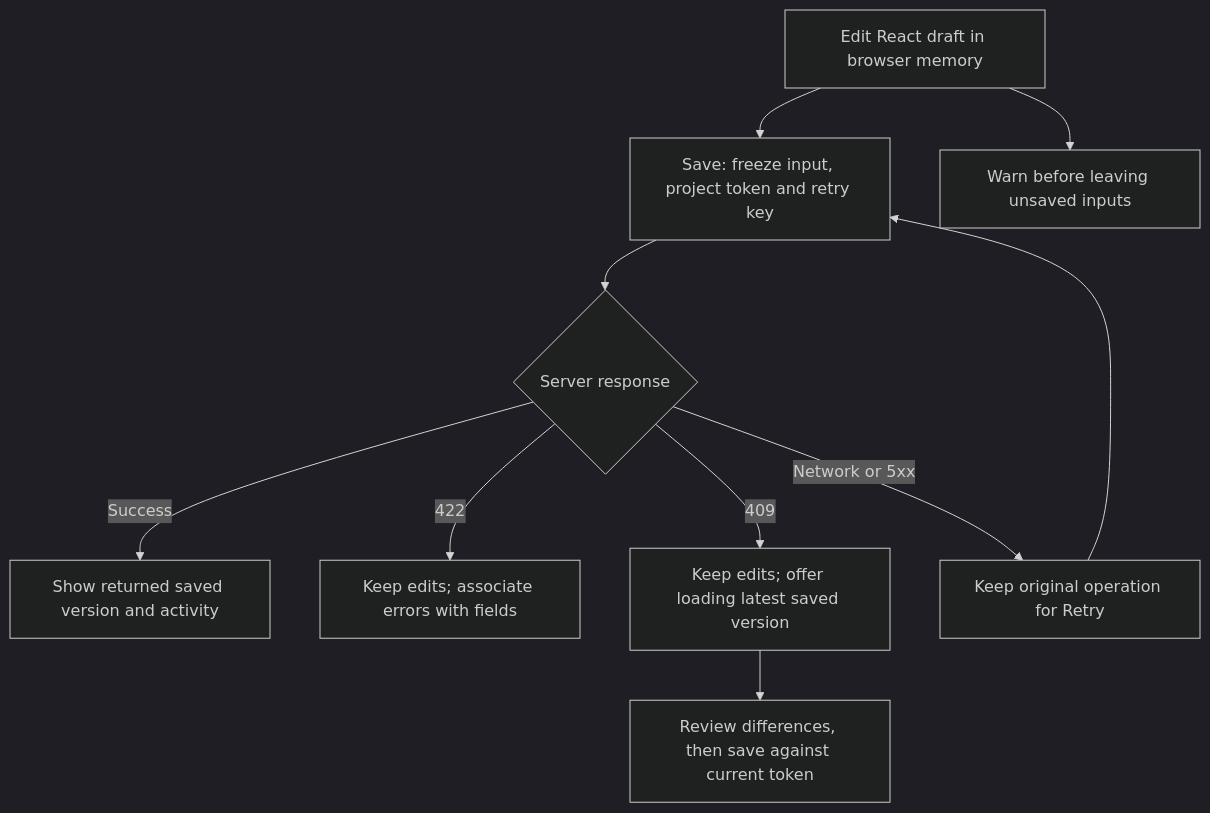
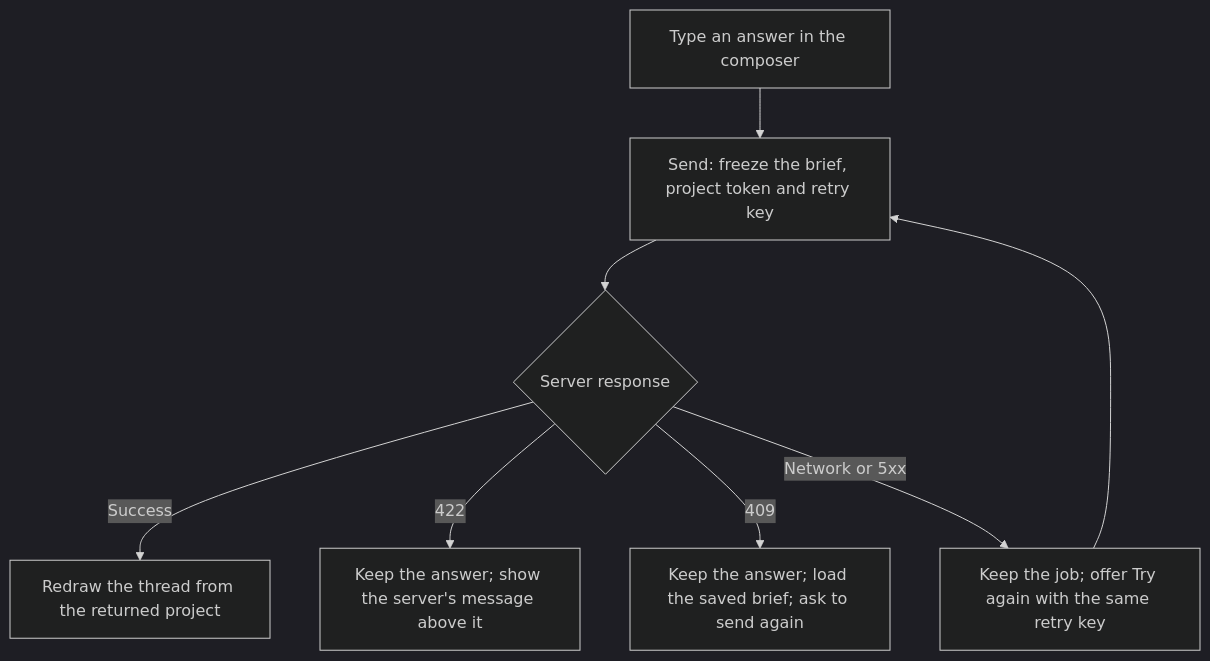
The sixth of 7 diagrams in docs/how-it-works.md (mosalah-77/onboarding-portal), drawn with Mermaid (dark theme) before and after one commit. The commit also changed other lines of this file and 8 other files, not shown here.

````diff
--- a/docs/how-it-works.md
+++ b/docs/how-it-works.md
@@ -148,12 +157,10 @@
 ```mermaid
 flowchart TD
-  A[Edit React draft in browser memory] --> B[Save: freeze input, project token and retry key]
+  A[Type an answer in the composer] --> B[Send: freeze the brief, project token and retry key]
   B --> C{Server response}
-  C -->|Success| D[Show returned saved version and activity]
-  C -->|422| E[Keep edits; associate errors with fields]
-  C -->|409| F[Keep edits; offer loading latest saved version]
-  F --> G[Review differences, then save against current token]
-  C -->|Network or 5xx| H[Keep original operation for Retry]
+  C -->|Success| D[Redraw the thread from the returned project]
+  C -->|422| E[Keep the answer; show the server's message above it]
+  C -->|409| F[Keep the answer; load the saved brief; ask to send again]
+  C -->|Network or 5xx| H[Keep the job; offer Try again with the same retry key]
   H --> B
-  A --> I[Warn before leaving unsaved inputs]
 ```
````
